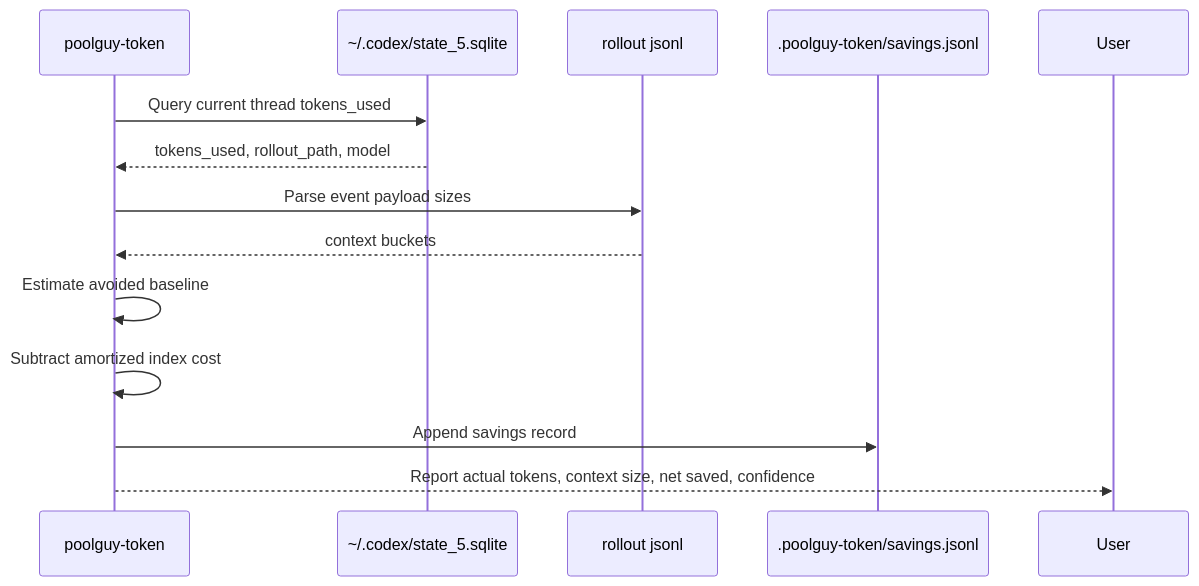
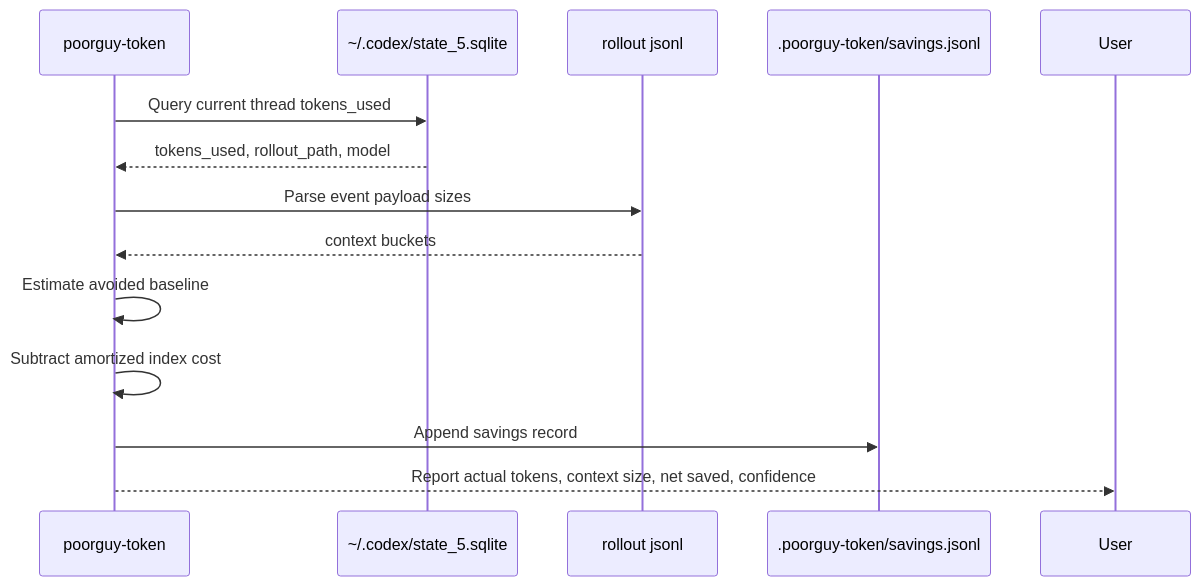
Before and after one commit to GitDzreal93/poorguy-token: the sixth of 6 diagrams in docs/detailed-design.md, drawn with Mermaid. The commit also changed other lines of this file and 4 other files, not shown here.

Commit message:
Rename skill to poorguy-token

````diff
--- a/docs/detailed-design.md
+++ b/docs/detailed-design.md
@@ -380,17 +380,17 @@
 ```mermaid
 sequenceDiagram
-  participant S as poolguy-token
+  participant S as poorguy-token
   participant DB as ~/.codex/state_5.sqlite
   participant J as rollout jsonl
-  participant FS as .poolguy-token/savings.jsonl
+  participant FS as .poorguy-token/savings.jsonl
   participant U as User
 
   S->>DB: Query current thread tokens_used
   DB-->>S: tokens_used, rollout_path, model
   S->>J: Parse event payload sizes
   J-->>S: context buckets
   S->>S: Estimate avoided baseline
   S->>S: Subtract amortized index cost
   S->>FS: Append savings record
   S-->>U: Report actual tokens, context size, net saved, confidence
 ```
````
